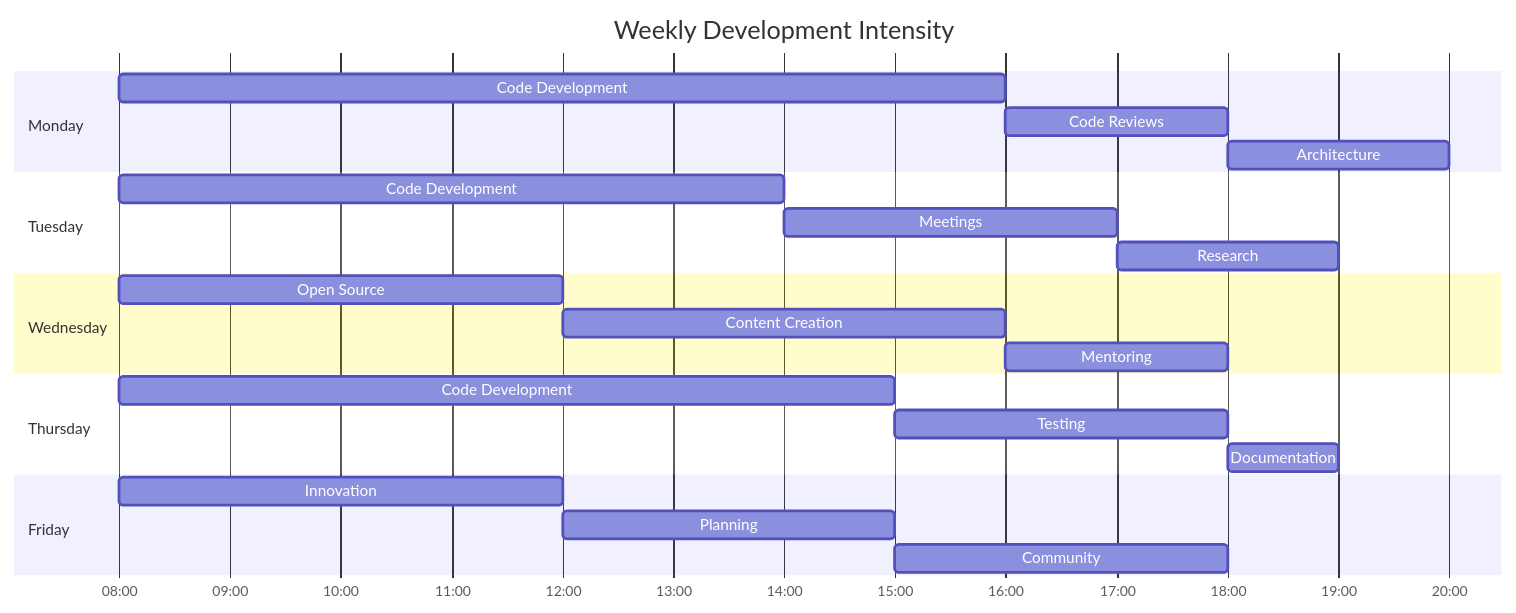
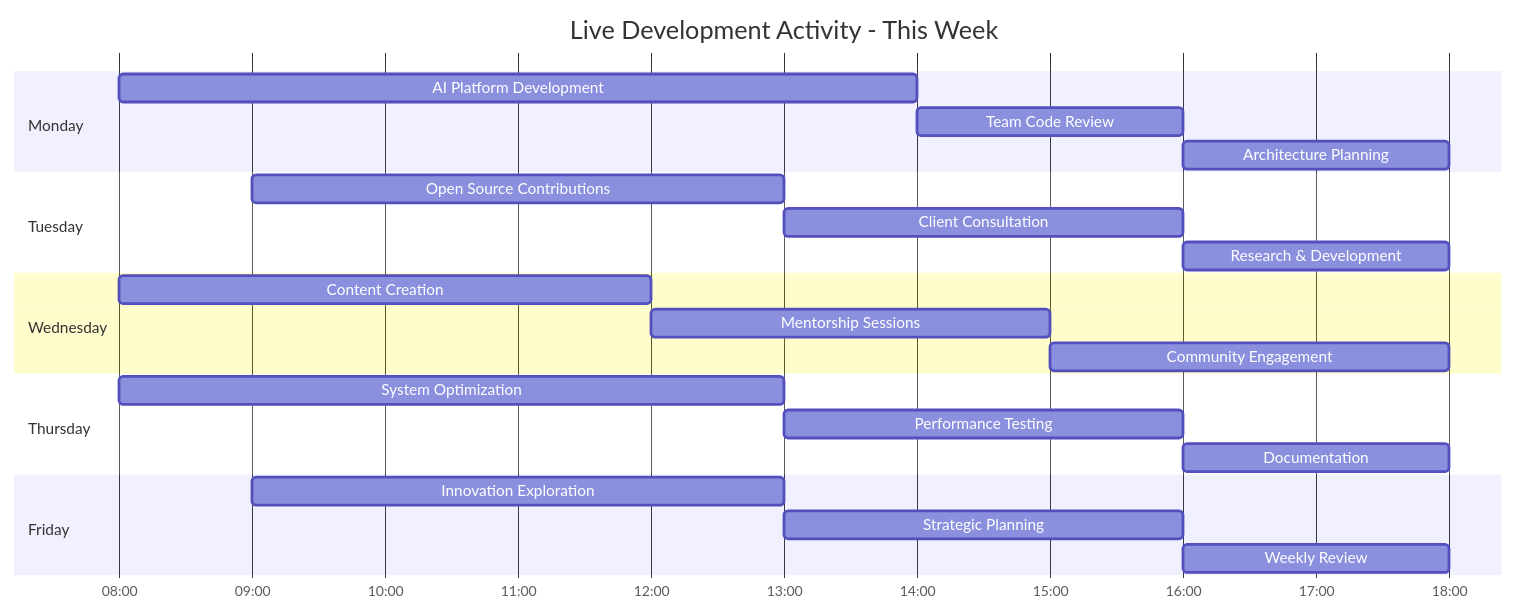
One commit to mentech93/mentech93 changed the second of 17 diagrams in README.md. Above: the diagram before and after it, drawn with Mermaid. The commit also changed other lines of this file, not shown here.

````diff
--- a/README.md
+++ b/README.md
@@ -127,31 +129,31 @@
 ```mermaid
 gantt
-    title Weekly Development Intensity
-    dateFormat  HH
+    title Live Development Activity - This Week
+    dateFormat  HH:mm
     axisFormat %H:%M
     
     section Monday
-    Code Development :08, 8h
-    Code Reviews    :16, 2h
-    Architecture    :18, 2h
+    AI Platform Development :08:00, 6h
+    Team Code Review :14:00, 2h
+    Architecture Planning :16:00, 2h
     
     section Tuesday
-    Code Development :08, 6h
-    Meetings        :14, 3h
-    Research        :17, 2h
+    Open Source Contributions :09:00, 4h
+    Client Consultation :13:00, 3h
+    Research & Development :16:00, 2h
     
     section Wednesday
-    Open Source     :08, 4h
-    Content Creation :12, 4h
-    Mentoring       :16, 2h
+    Content Creation :08:00, 4h
+    Mentorship Sessions :12:00, 3h
+    Community Engagement :15:00, 3h
     
     section Thursday
-    Code Development :08, 7h
-    Testing         :15, 3h
-    Documentation   :18, 1h
+    System Optimization :08:00, 5h
+    Performance Testing :13:00, 3h
+    Documentation :16:00, 2h
     
     section Friday
-    Innovation      :08, 4h
-    Planning        :12, 3h
-    Community       :15, 3h
+    Innovation Exploration :09:00, 4h
+    Strategic Planning :13:00, 3h
+    Weekly Review :16:00, 2h
 ```
````
